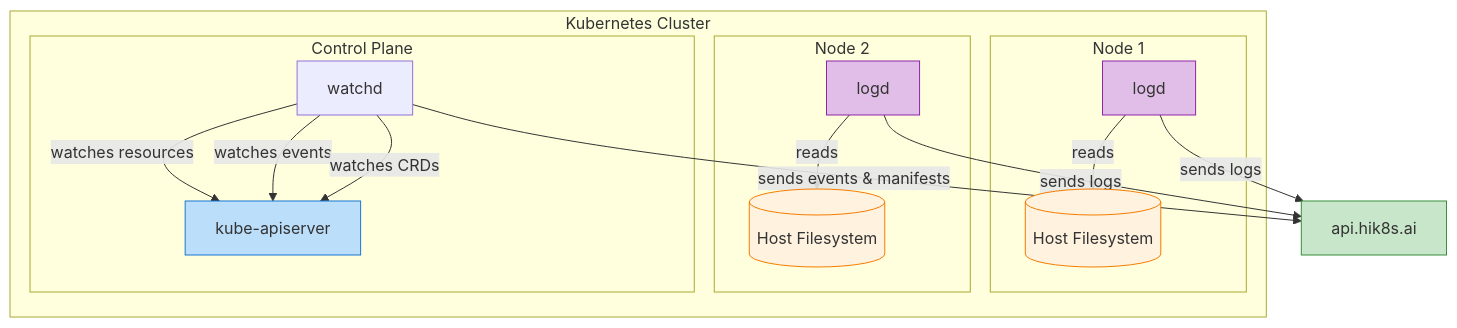
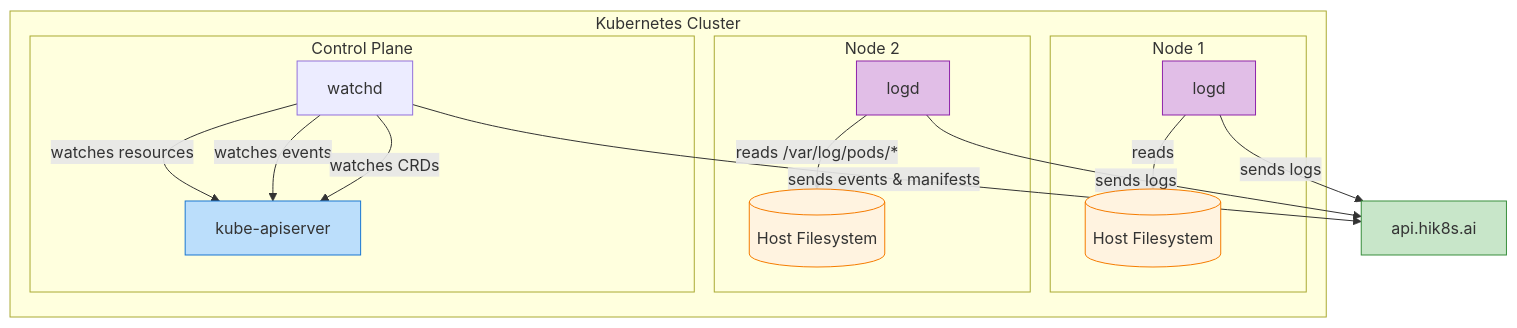
One commit to hik8s/agents changed the diagram in README.md. Above: the diagram before and after it, drawn with Mermaid.

Commit message:
fix(docs,system-diagram): make fs access explicit

````diff
--- a/README.md
+++ b/README.md
@@ -43,39 +43,39 @@
 ```mermaid
 graph TB
     subgraph "Kubernetes Cluster"
         subgraph "Node 1"
             LD1[logd]
             FS1[(Host Filesystem)]
             LD1 -->|reads| FS1
         end
         
         subgraph "Node 2"
             LD2[logd]
             FS2[(Host Filesystem)]
-            LD2 -->|reads| FS2
+            LD2 -->|reads /var/log/pods/*| FS2
         end
 
         subgraph "Control Plane"
             API[kube-apiserver]
             WD[watchd]
             WD -->|watches resources| API
             WD -->|watches events| API
             WD -->|watches CRDs| API
         end
     end
 
     HK[api.hik8s.ai]
     LD1 -->|sends logs| HK
     LD2 -->|sends logs| HK
     WD -->|sends events & manifests| HK
 
     classDef daemon fill:#e1bee7,stroke:#8e24aa
     classDef api fill:#bbdefb,stroke:#1976d2
     classDef backend fill:#c8e6c9,stroke:#388e3c
     classDef storage fill:#fff3e0,stroke:#f57c00
 
     class LD1,LD2 daemon
     class API api
     class HK backend
     class FS1,FS2 storage
 ```
````
